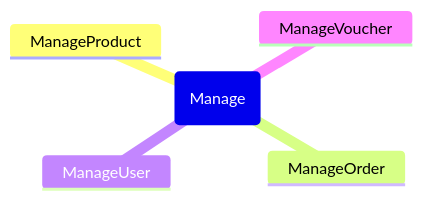
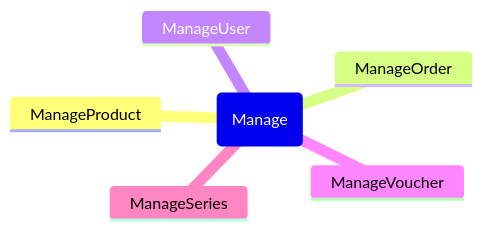
The diagram in diagrams/flow_manage.mmd (lpta2302/final_project_web), drawn with Mermaid before and after one commit.

Commit message:
merge test

```diff
--- a/diagrams/flow_manage.mmd
+++ b/diagrams/flow_manage.mmd
@@ -1,9 +1,10 @@
 ---
 title: Manage
 ---
 mindmap
 Manage(Manage)
     ManageProduct
     ManageOrder
     ManageUser
     ManageVoucher
+    ManageSeries
```
